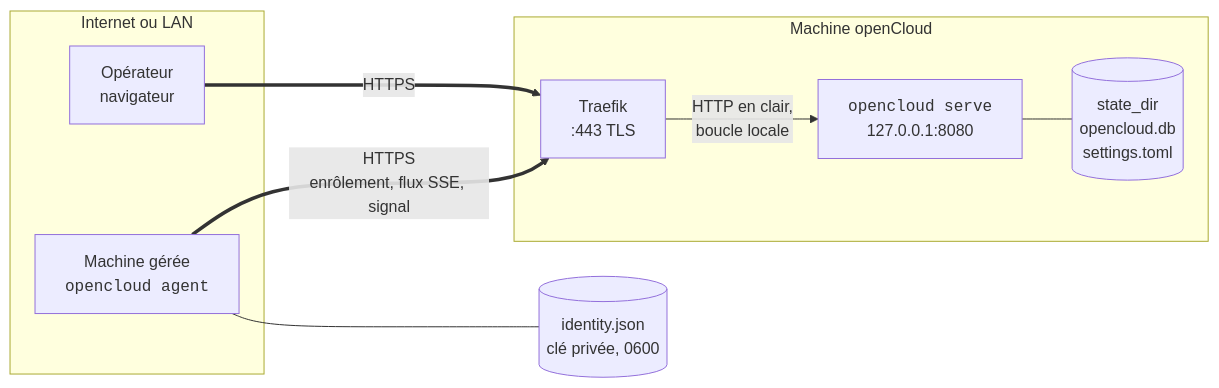
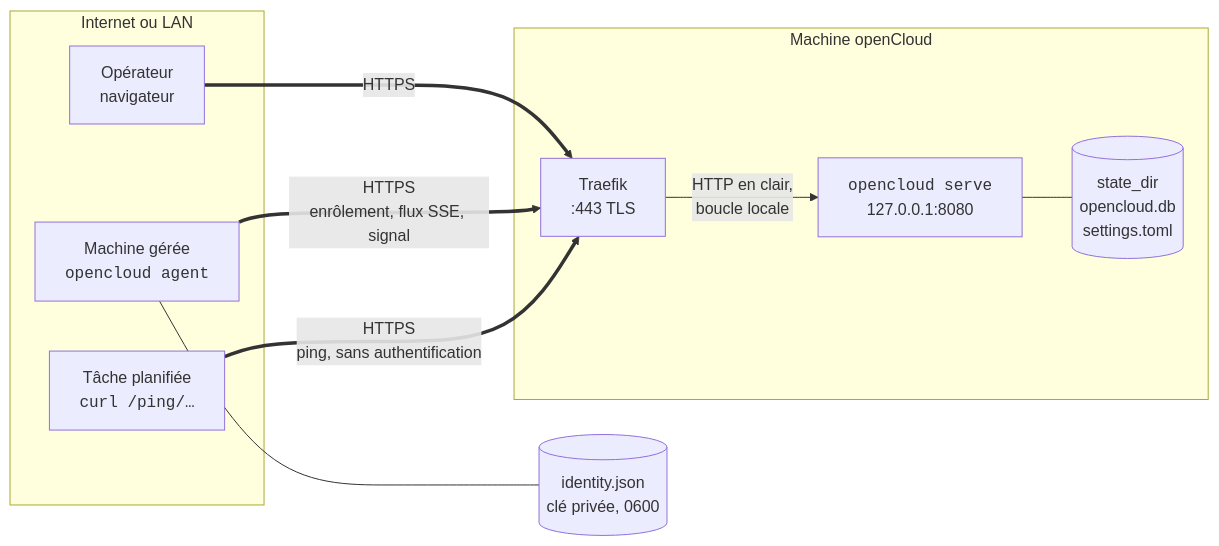
The diagram in docs/projet/22-fonctionnement.md (ldesfontaine/opencloud), drawn with Mermaid before and after one commit. The commit also changed other lines of this file and 59 other files, not shown here.

````diff
--- a/docs/projet/22-fonctionnement.md
+++ b/docs/projet/22-fonctionnement.md
@@ -21,17 +22,19 @@
 ```mermaid
 flowchart LR
     subgraph internet["Internet ou LAN"]
         op["Opérateur<br>navigateur"]
         ag["Machine gérée<br><code>opencloud agent</code>"]
+        job["Tâche planifiée<br><code>curl /ping/…</code>"]
     end
     subgraph oc["Machine openCloud"]
         tr["Traefik<br>:443 TLS"]
         srv["<code>opencloud serve</code><br>127.0.0.1:8080"]
         db[("state_dir<br>opencloud.db<br>settings.toml")]
         tr -- "HTTP en clair,<br>boucle locale" --> srv
         srv --- db
     end
     op == "HTTPS" ==> tr
     ag == "HTTPS<br>enrôlement, flux SSE, signal" ==> tr
+    job == "HTTPS<br>ping, sans authentification" ==> tr
     ag --- id[("identity.json<br>clé privée, 0600")]
 ```
````
